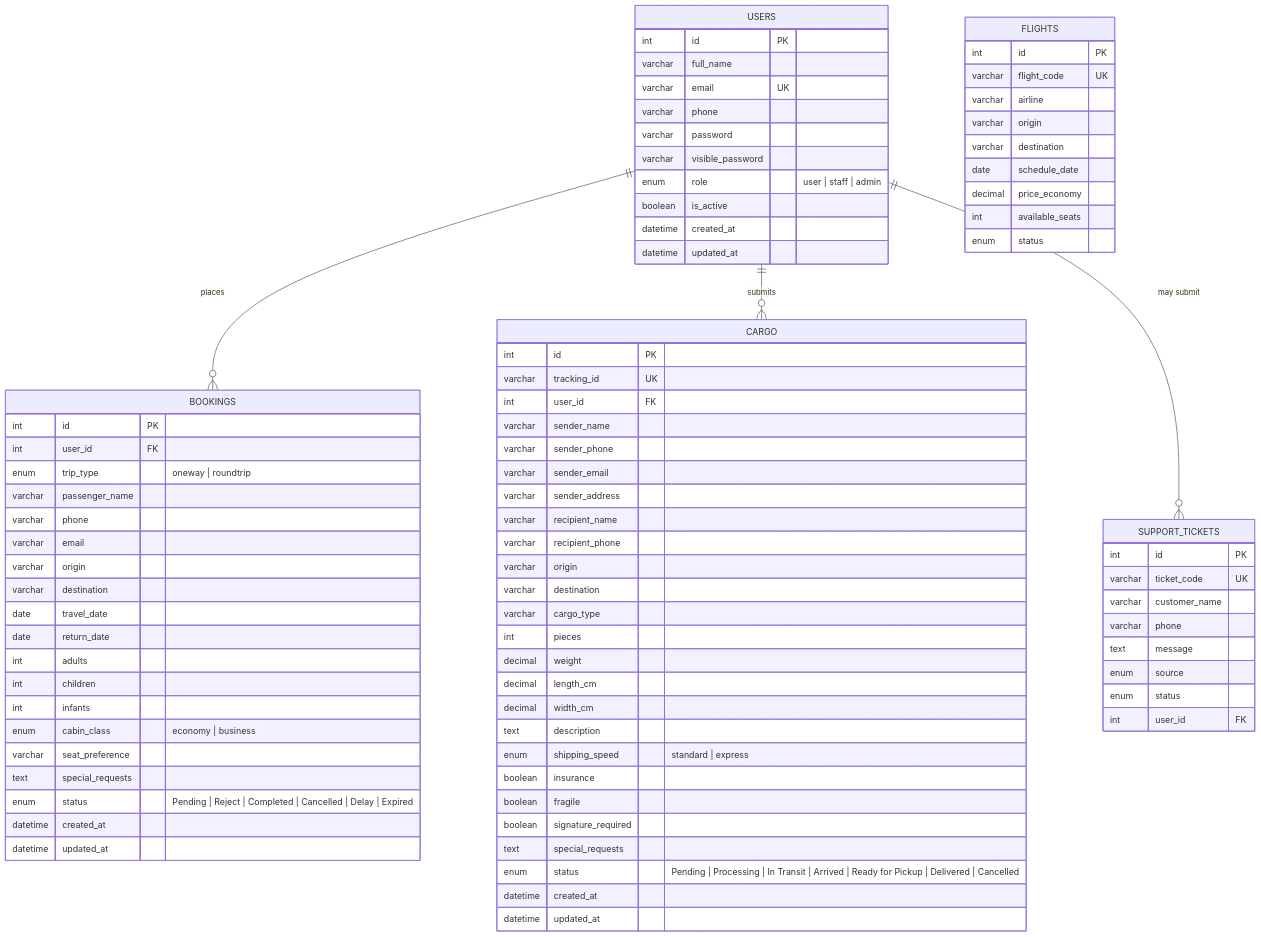
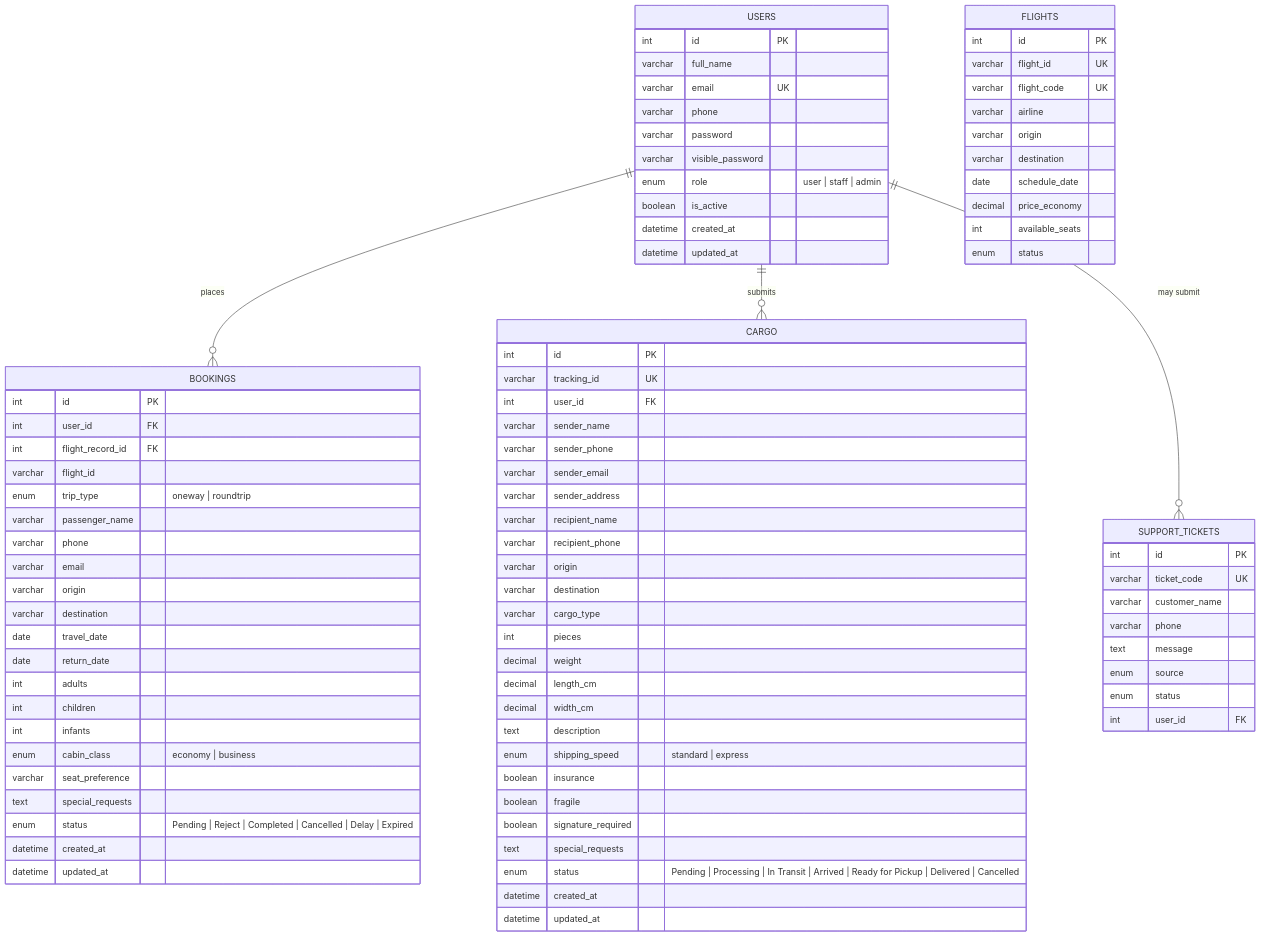
The sixth of 9 diagrams in README.md (tigerrr10/mideye-system), drawn with Mermaid before and after one commit. The commit also changed other lines of this file and 21 other files, not shown here.

```diff
--- a/README.md
+++ b/README.md
@@ -670,6 +696,8 @@
     BOOKINGS {
         int id PK
         int user_id FK
+        int flight_record_id FK
+        varchar flight_id
         enum trip_type "oneway | roundtrip"
         varchar passenger_name
         varchar phone
@@ -723,6 +751,7 @@
 
     FLIGHTS {
         int id PK
+        varchar flight_id UK
         varchar flight_code UK
         varchar airline
         varchar origin
```
